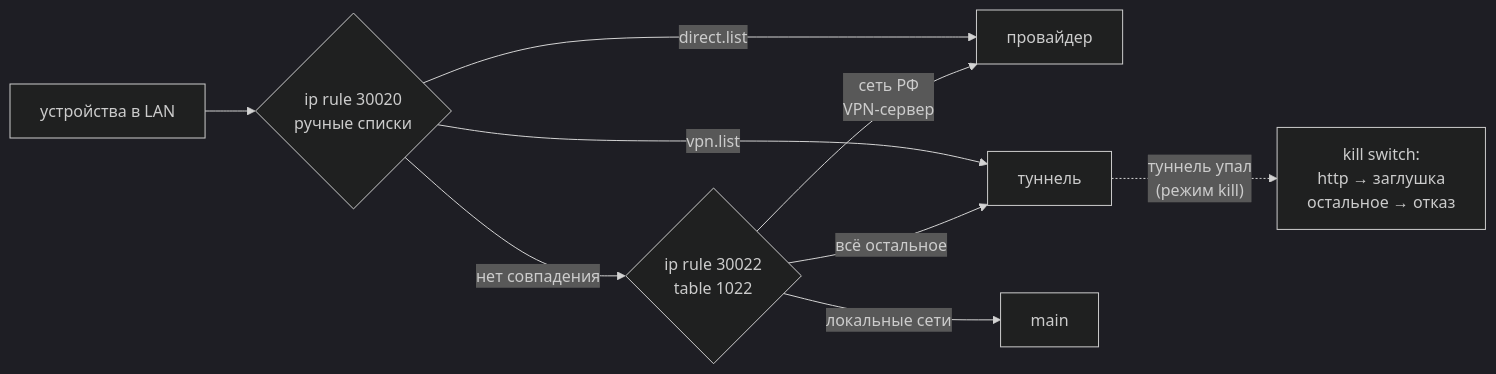
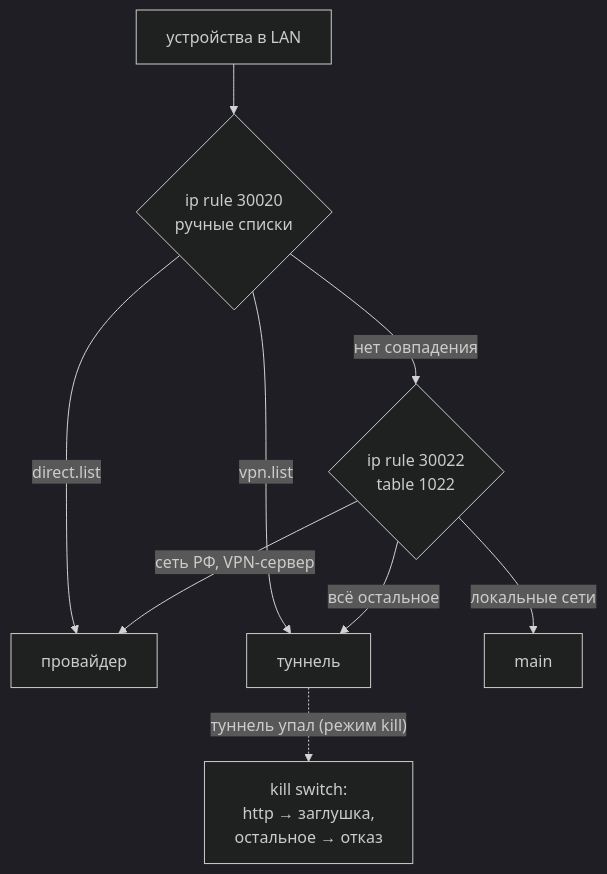
One commit to kubokot-tech/razvilka changed the diagram in README.md. Above: the diagram before and after it, drawn with Mermaid (dark theme).

Commit message:
README: схема сверху вниз — без наложения подписей

````diff
--- a/README.md
+++ b/README.md
@@ -42,11 +42,11 @@
 ```mermaid
-flowchart LR
+flowchart TB
     LAN["устройства в LAN"] --> R1{"ip rule 30020<br/>ручные списки"}
     R1 -- "direct.list" --> ISP["провайдер"]
     R1 -- "vpn.list" --> TUN["туннель"]
     R1 -- "нет совпадения" --> R2{"ip rule 30022<br/>table 1022"}
-    R2 -- "сеть РФ<br/>VPN-сервер" --> ISP
+    R2 -- "сеть РФ, VPN-сервер" --> ISP
+    R2 -- "всё остальное" --> TUN
     R2 -- "локальные сети" --> MAIN["main"]
-    R2 -- "всё остальное" --> TUN
-    TUN -. "туннель упал<br/>(режим kill)" .-> KS["kill switch:<br/>http → заглушка<br/>остальное → отказ"]
+    TUN -. "туннель упал (режим kill)" .-> KS["kill switch:<br/>http → заглушка,<br/>остальное → отказ"]
 ```
````
